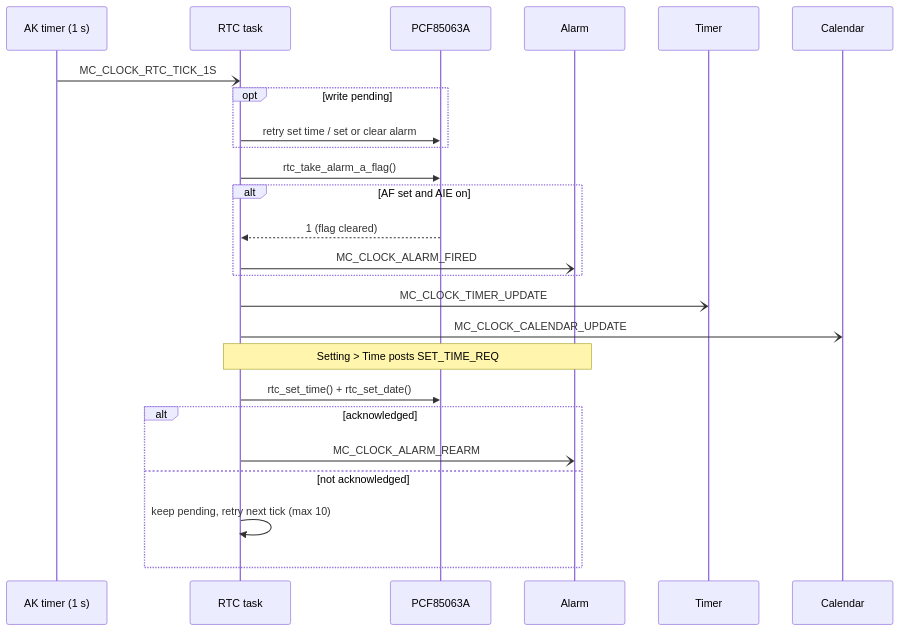
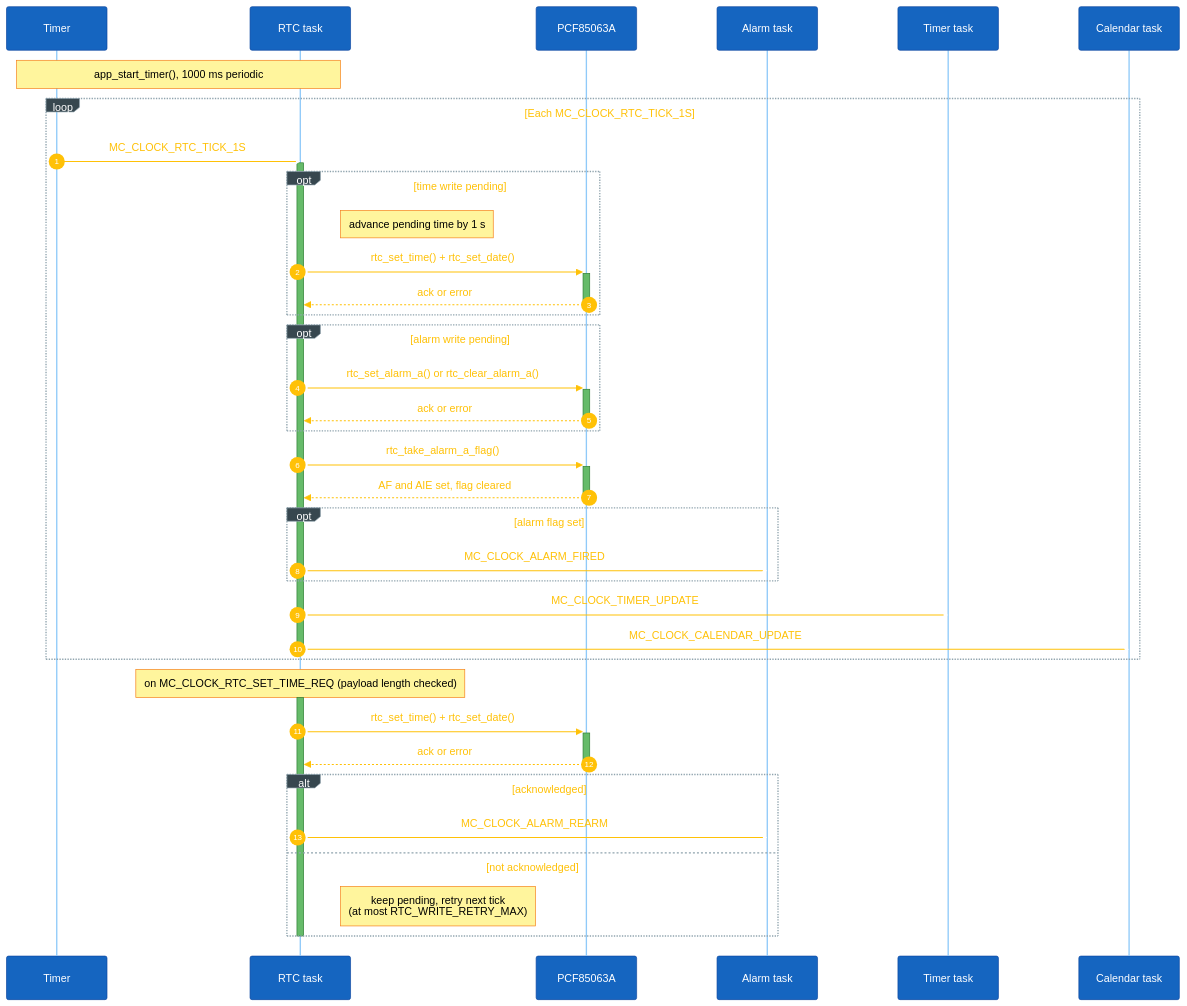
The first of 8 diagrams in docs/02-design-sequence-object.md (caotrongphuoc/mini-clock), drawn with Mermaid before and after one commit. The commit also changed other lines of this file and 3 other files, not shown here.

Commit message:
[DOC] rewrite coding rules, object and runtime sequence docs

````diff
--- a/docs/02-design-sequence-object.md
+++ b/docs/02-design-sequence-object.md
@@ -50,29 +39,45 @@
 ```mermaid
+%%{init: {'theme':'base','themeVariables':{'fontSize':'18px','primaryColor':'#1565c0','primaryTextColor':'#ffffff','primaryBorderColor':'#0d47a1','lineColor':'#90a4ae','signalColor':'#ffc107','signalTextColor':'#ffc107','actorBkg':'#1565c0','actorBorder':'#0d47a1','actorTextColor':'#ffffff','actorLineColor':'#90caf9','noteBkgColor':'#fff59d','noteTextColor':'#000000','noteBorderColor':'#f57f17','activationBkgColor':'#66bb6a','activationBorderColor':'#2e7d32','sequenceNumberColor':'#ffffff','loopTextColor':'#ffc107','labelBoxBkgColor':'#37474f','labelBoxBorderColor':'#90a4ae','labelTextColor':'#ffffff'},'sequence':{'actorMargin':120,'messageFontSize':17,'noteFontSize':15,'actorFontSize':17,'boxMargin':15,'boxTextMargin':8,'noteMargin':12,'useMaxWidth':false}}}%%
 sequenceDiagram
-    participant Timer1s as AK timer (1 s)
+    autonumber
+    participant Tmr as Timer
     participant RTC as RTC task
     participant Chip as PCF85063A
-    participant Alarm
-    participant Timer
-    participant Calendar
+    participant Alm as Alarm task
+    participant Tmo as Timer task
+    participant Cal as Calendar task
 
-    Timer1s-)RTC: MC_CLOCK_RTC_TICK_1S
-    opt write pending
-        RTC->>Chip: retry set time / set or clear alarm
+    Note over Tmr,RTC: app_start_timer(), 1000 ms periodic
+    loop Each MC_CLOCK_RTC_TICK_1S
+        Tmr-)RTC: MC_CLOCK_RTC_TICK_1S
+        activate RTC
+        opt time write pending
+            Note right of RTC: advance pending time by 1 s
+            RTC->>+Chip: rtc_set_time() + rtc_set_date()
+            Chip-->>-RTC: ack or error
+        end
+        opt alarm write pending
+            RTC->>+Chip: rtc_set_alarm_a() or rtc_clear_alarm_a()
+            Chip-->>-RTC: ack or error
+        end
+        RTC->>+Chip: rtc_take_alarm_a_flag()
+        Chip-->>-RTC: AF and AIE set, flag cleared
+        opt alarm flag set
+            RTC-)Alm: MC_CLOCK_ALARM_FIRED
+        end
+        RTC-)Tmo: MC_CLOCK_TIMER_UPDATE
+        RTC-)Cal: MC_CLOCK_CALENDAR_UPDATE
+        deactivate RTC
     end
-    RTC->>Chip: rtc_take_alarm_a_flag()
-    alt AF set and AIE on
-        Chip-->>RTC: 1 (flag cleared)
-        RTC-)Alarm: MC_CLOCK_ALARM_FIRED
+
+    Note over RTC: on MC_CLOCK_RTC_SET_TIME_REQ (payload length checked)
+    activate RTC
+    RTC->>+Chip: rtc_set_time() + rtc_set_date()
+    Chip-->>-RTC: ack or error
+    alt acknowledged
+        RTC-)Alm: MC_CLOCK_ALARM_REARM
+    else not acknowledged
+        Note right of RTC: keep pending, retry next tick<br/>(at most RTC_WRITE_RETRY_MAX)
     end
-    RTC-)Timer: MC_CLOCK_TIMER_UPDATE
-    RTC-)Calendar: MC_CLOCK_CALENDAR_UPDATE
-
-    Note over RTC,Alarm: Setting > Time posts SET_TIME_REQ
-    RTC->>Chip: rtc_set_time() + rtc_set_date()
-    alt acknowledged
-        RTC-)Alarm: MC_CLOCK_ALARM_REARM
-    else not acknowledged
-        RTC->>RTC: keep pending, retry next tick (max 10)
-    end
+    deactivate RTC
 ```
````
